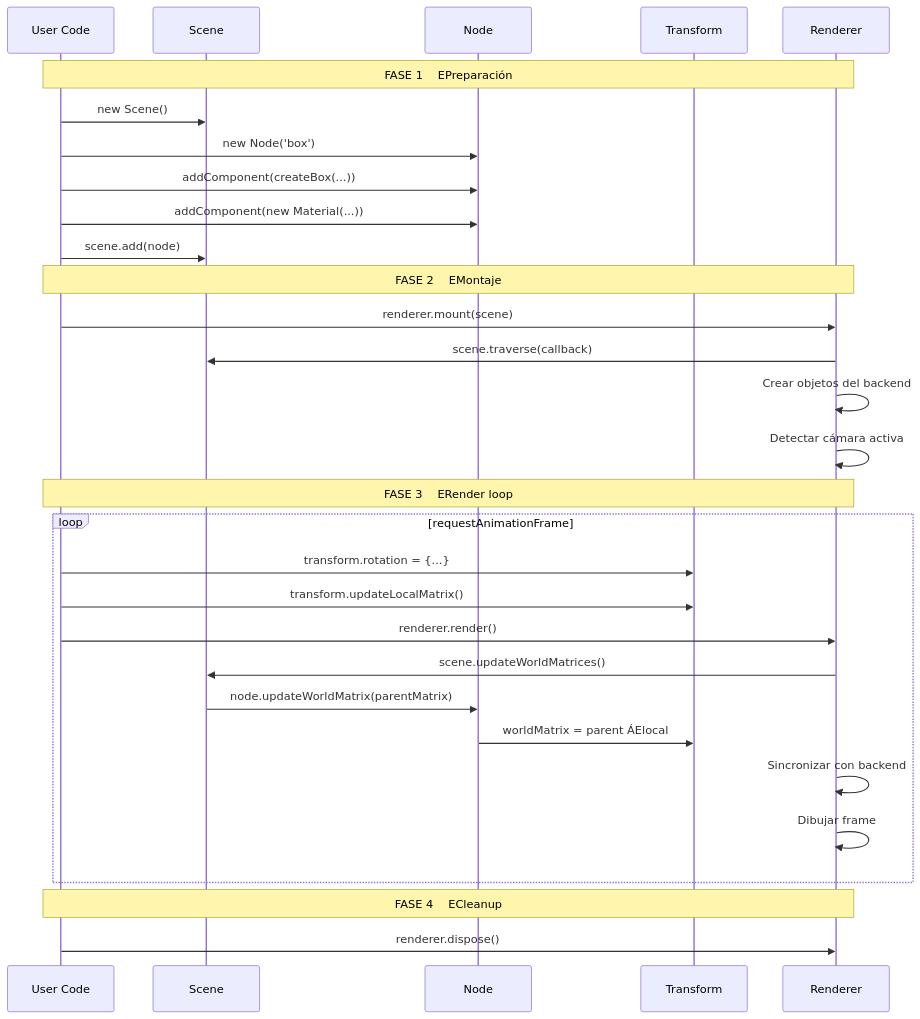
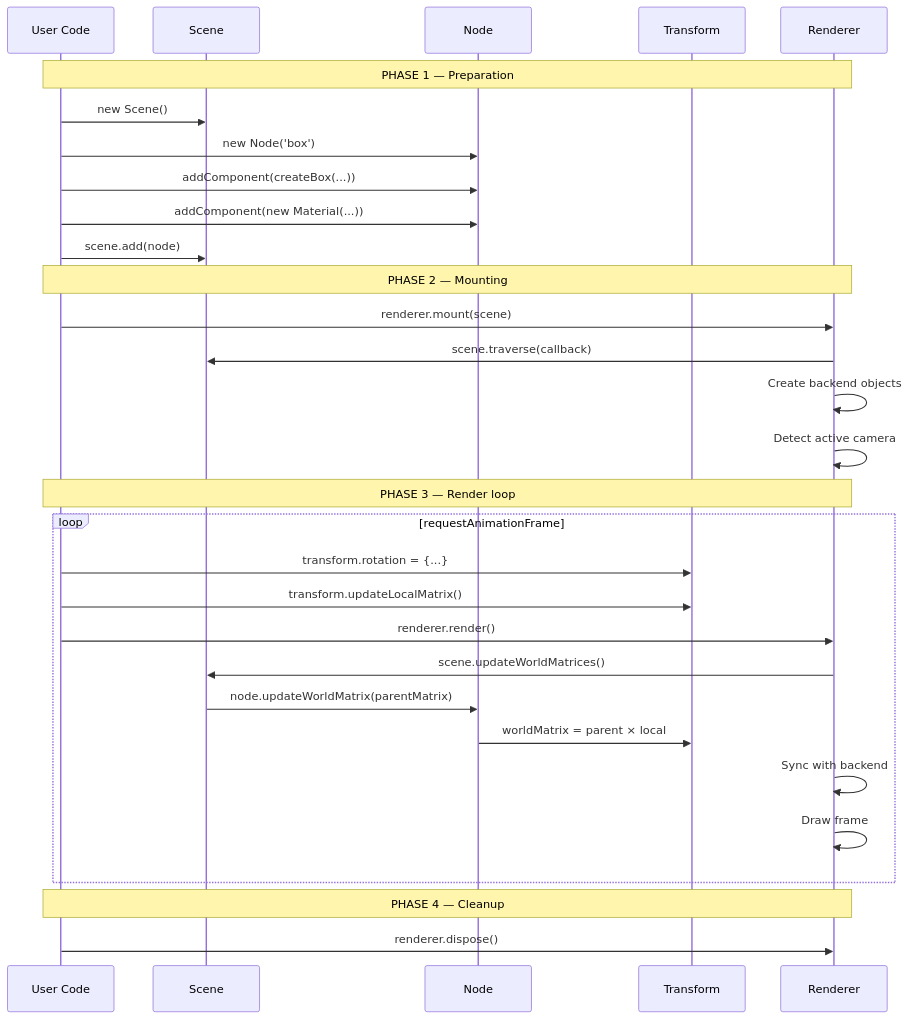
One commit to joshuacba08/oroya-animate changed the fourth of 5 diagrams in apps/web/src/content/docs/architecture.md. Above: the diagram before and after it, drawn with Mermaid. The commit also changed other lines of this file and 28 other files, not shown here.

Commit message:
feat: Initialize project with core architecture, Three.js and SVG renderers, and detailed multi-language documentation.

````diff
--- a/apps/web/src/content/docs/architecture.md
+++ b/apps/web/src/content/docs/architecture.md
@@ -132,36 +132,36 @@
 ```mermaid
 sequenceDiagram
     participant U as User Code
     participant S as Scene
     participant N as Node
     participant T as Transform
     participant R as Renderer
 
-    Note over U,R: FASE 1  EPreparación
+    Note over U,R: PHASE 1 — Preparation
     U->>S: new Scene()
     U->>N: new Node('box')
     U->>N: addComponent(createBox(...))
     U->>N: addComponent(new Material(...))
     U->>S: scene.add(node)
 
-    Note over U,R: FASE 2  EMontaje
+    Note over U,R: PHASE 2 — Mounting
     U->>R: renderer.mount(scene)
     R->>S: scene.traverse(callback)
-    R->>R: Crear objetos del backend
-    R->>R: Detectar cámara activa
+    R->>R: Create backend objects
+    R->>R: Detect active camera
 
-    Note over U,R: FASE 3  ERender loop
+    Note over U,R: PHASE 3 — Render loop
     loop requestAnimationFrame
         U->>T: transform.rotation = {...}
         U->>T: transform.updateLocalMatrix()
         U->>R: renderer.render()
         R->>S: scene.updateWorldMatrices()
         S->>N: node.updateWorldMatrix(parentMatrix)
-        N->>T: worldMatrix = parent ÁElocal
-        R->>R: Sincronizar con backend
-        R->>R: Dibujar frame
+        N->>T: worldMatrix = parent × local
+        R->>R: Sync with backend
+        R->>R: Draw frame
     end
 
-    Note over U,R: FASE 4  ECleanup
+    Note over U,R: PHASE 4 — Cleanup
     U->>R: renderer.dispose()
 ```
````
